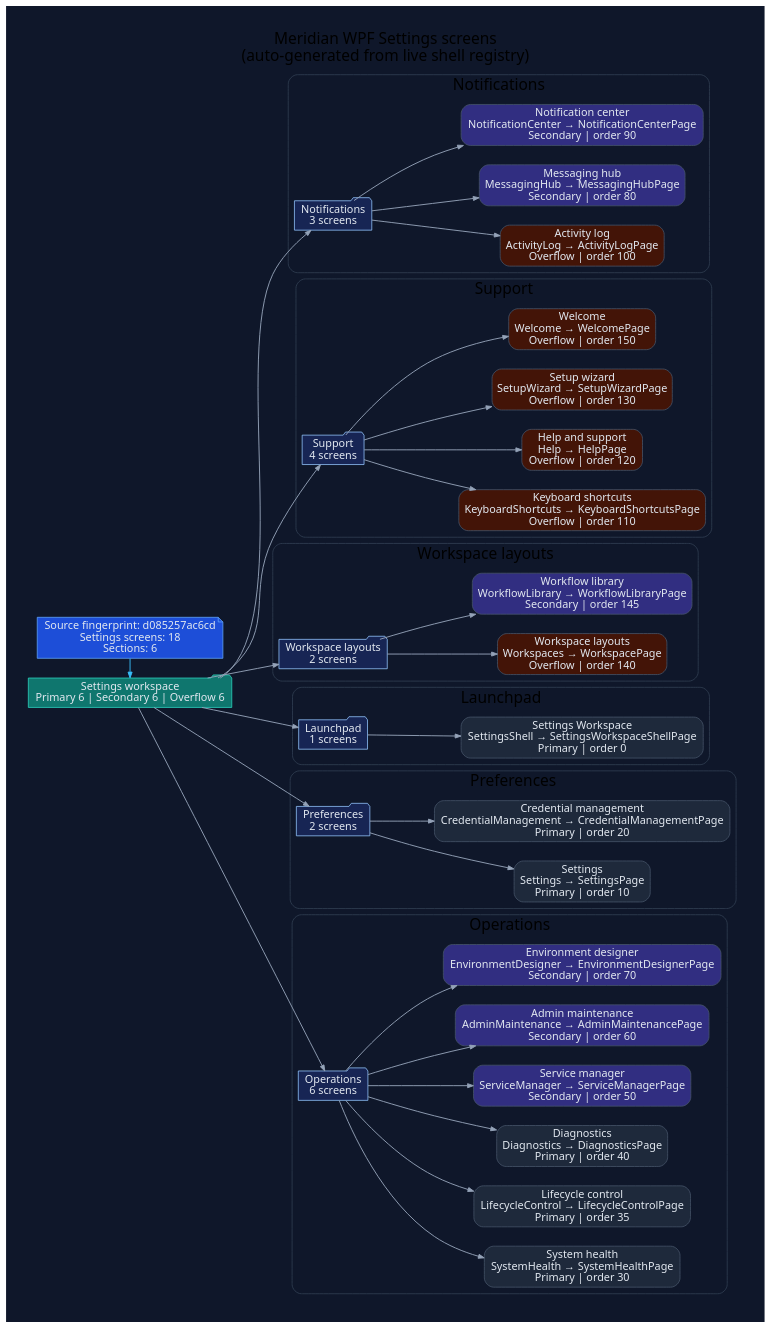
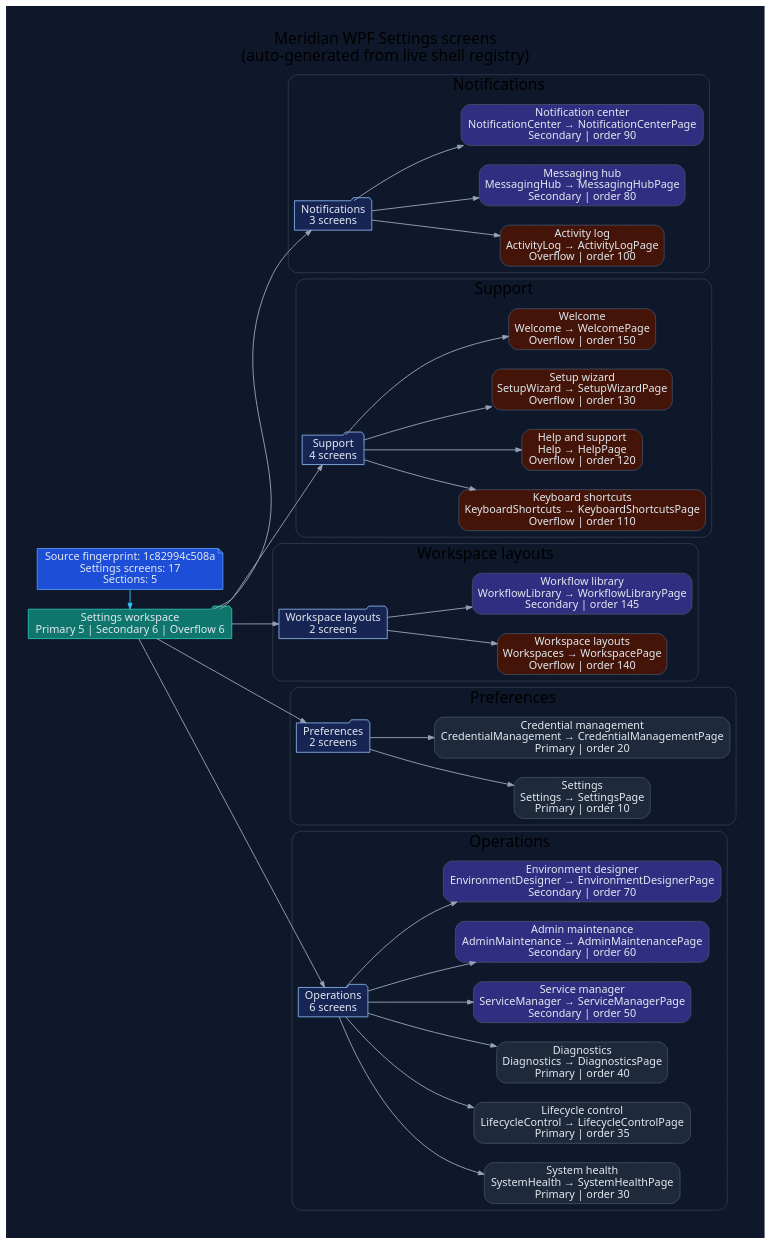
The diagram in docs/diagrams/ui-wpf-screens-settings.dot (rodoHasArrived/Meridian-main), drawn with Graphviz before and after one commit. The commit also changed 50 other files, not shown here.

```diff
--- a/docs/diagrams/ui-wpf-screens-settings.dot
+++ b/docs/diagrams/ui-wpf-screens-settings.dot
@@ -1,110 +1,100 @@
 // -----------------------------------------------------------------------------
 // <auto-generated>
 // Generated by scripts/generate-diagrams.mjs.
 // Do not edit this file directly; update the WPF source files instead.
 // -----------------------------------------------------------------------------
 digraph WpfSettingsScreens {
   graph [
     rankdir=LR,
     labelloc=t,
     label="Meridian WPF Settings screens\n(auto-generated from live shell registry)",
     fontname="Segoe UI",
     fontsize=20,
     pad=0.4,
     nodesep=0.35,
     ranksep=0.85,
     bgcolor="#0f172a"
   ];
   node [fontname="Segoe UI", shape=box, style="rounded,filled", color="#475569", fontcolor="#e2e8f0", fillcolor="#1e293b"];
   edge [fontname="Segoe UI", color="#94a3b8", penwidth=1.2, arrowsize=0.75];
 
-  generated [shape=note, fillcolor="#1d4ed8", color="#60a5fa", label="Source fingerprint: d085257ac6cd\nSettings screens: 18\nSections: 6"];
-  workspace [shape=folder, fillcolor="#0f766e", color="#2dd4bf", label="Settings workspace\nPrimary 6 | Secondary 6 | Overflow 6"];
+  generated [shape=note, fillcolor="#1d4ed8", color="#60a5fa", label="Source fingerprint: 1c82994c508a\nSettings screens: 17\nSections: 5"];
+  workspace [shape=folder, fillcolor="#0f766e", color="#2dd4bf", label="Settings workspace\nPrimary 5 | Secondary 6 | Overflow 6"];
   generated -> workspace [color="#38bdf8"];
 
   subgraph cluster_section_1 {
     label="Notifications";
     color="#334155";
     style="rounded";
     section_1 [shape=folder, fillcolor="#172554", color="#93c5fd", label="Notifications\n3 screens"];
     workspace -> section_1;
     screen_ActivityLog [fillcolor="#431407", label="Activity log\nActivityLog → ActivityLogPage\nOverflow | order 100"];
     section_1 -> screen_ActivityLog;
     screen_MessagingHub [fillcolor="#312e81", label="Messaging hub\nMessagingHub → MessagingHubPage\nSecondary | order 80"];
     section_1 -> screen_MessagingHub;
     screen_NotificationCenter [fillcolor="#312e81", label="Notification center\nNotificationCenter → NotificationCenterPage\nSecondary | order 90"];
     section_1 -> screen_NotificationCenter;
   }
 
   subgraph cluster_section_2 {
     label="Support";
     color="#334155";
     style="rounded";
     section_2 [shape=folder, fillcolor="#172554", color="#93c5fd", label="Support\n4 screens"];
     workspace -> section_2;
     screen_KeyboardShortcuts [fillcolor="#431407", label="Keyboard shortcuts\nKeyboardShortcuts → KeyboardShortcutsPage\nOverflow | order 110"];
     section_2 -> screen_KeyboardShortcuts;
     screen_Help [fillcolor="#431407", label="Help and support\nHelp → HelpPage\nOverflow | order 120"];
     section_2 -> screen_Help;
     screen_SetupWizard [fillcolor="#431407", label="Setup wizard\nSetupWizard → SetupWizardPage\nOverflow | order 130"];
     section_2 -> screen_SetupWizard;
     screen_Welcome [fillcolor="#431407", label="Welcome\nWelcome → WelcomePage\nOverflow | order 150"];
     section_2 -> screen_Welcome;
   }
 
   subgraph cluster_section_3 {
     label="Workspace layouts";
     color="#334155";
     style="rounded";
     section_3 [shape=folder, fillcolor="#172554", color="#93c5fd", label="Workspace layouts\n2 screens"];
     workspace -> section_3;
     screen_Workspaces [fillcolor="#431407", label="Workspace layouts\nWorkspaces → WorkspacePage\nOverflow | order 140"];
     section_3 -> screen_Workspaces;
     screen_WorkflowLibrary [fillcolor="#312e81", label="Workflow library\nWorkflowLibrary → WorkflowLibraryPage\nSecondary | order 145"];
     section_3 -> screen_WorkflowLibrary;
   }
 
   subgraph cluster_section_4 {
-    label="Launchpad";
+    label="Preferences";
     color="#334155";
     style="rounded";
-    section_4 [shape=folder, fillcolor="#172554", color="#93c5fd", label="Launchpad\n1 screens"];
+    section_4 [shape=folder, fillcolor="#172554", color="#93c5fd", label="Preferences\n2 screens"];
     workspace -> section_4;
-    screen_SettingsShell [fillcolor="#1e293b", label="Settings Workspace\nSettingsShell → SettingsWorkspaceShellPage\nPrimary | order 0"];
-    section_4 -> screen_SettingsShell;
+    screen_Settings [fillcolor="#1e293b", label="Settings\nSettings → SettingsPage\nPrimary | order 10"];
+    section_4 -> screen_Settings;
+    screen_CredentialManagement [fillcolor="#1e293b", label="Credential management\nCredentialManagement → CredentialManagementPage\nPrimary | order 20"];
+    section_4 -> screen_CredentialManagement;
   }
 
   subgraph cluster_section_5 {
-    label="Preferences";
-    color="#334155";
-    style="rounded";
-    section_5 [shape=folder, fillcolor="#172554", color="#93c5fd", label="Preferences\n2 screens"];
-    workspace -> section_5;
-    screen_Settings [fillcolor="#1e293b", label="Settings\nSettings → SettingsPage\nPrimary | order 10"];
-    section_5 -> screen_Settings;
-    screen_CredentialManagement [fillcolor="#1e293b", label="Credential management\nCredentialManagement → CredentialManagementPage\nPrimary | order 20"];
-    section_5 -> screen_CredentialManagement;
-  }
-
-  subgraph cluster_section_6 {
     label="Operations";
     color="#334155";
     style="rounded";
-    section_6 [shape=folder, fillcolor="#172554", color="#93c5fd", label="Operations\n6 screens"];
-    workspace -> section_6;
+    section_5 [shape=folder, fillcolor="#172554", color="#93c5fd", label="Operations\n6 screens"];
+    workspace -> section_5;
     screen_SystemHealth [fillcolor="#1e293b", label="System health\nSystemHealth → SystemHealthPage\nPrimary | order 30"];
-    section_6 -> screen_SystemHealth;
+    section_5 -> screen_SystemHealth;
     screen_LifecycleControl [fillcolor="#1e293b", label="Lifecycle control\nLifecycleControl → LifecycleControlPage\nPrimary | order 35"];
-    section_6 -> screen_LifecycleControl;
+    section_5 -> screen_LifecycleControl;
     screen_Diagnostics [fillcolor="#1e293b", label="Diagnostics\nDiagnostics → DiagnosticsPage\nPrimary | order 40"];
-    section_6 -> screen_Diagnostics;
+    section_5 -> screen_Diagnostics;
     screen_ServiceManager [fillcolor="#312e81", label="Service manager\nServiceManager → ServiceManagerPage\nSecondary | order 50"];
-    section_6 -> screen_ServiceManager;
+    section_5 -> screen_ServiceManager;
     screen_AdminMaintenance [fillcolor="#312e81", label="Admin maintenance\nAdminMaintenance → AdminMaintenancePage\nSecondary | order 60"];
-    section_6 -> screen_AdminMaintenance;
+    section_5 -> screen_AdminMaintenance;
     screen_EnvironmentDesigner [fillcolor="#312e81", label="Environment designer\nEnvironmentDesigner → EnvironmentDesignerPage\nSecondary | order 70"];
-    section_6 -> screen_EnvironmentDesigner;
+    section_5 -> screen_EnvironmentDesigner;
   }
 
   { rank=min; generated; workspace; }
 }
```
